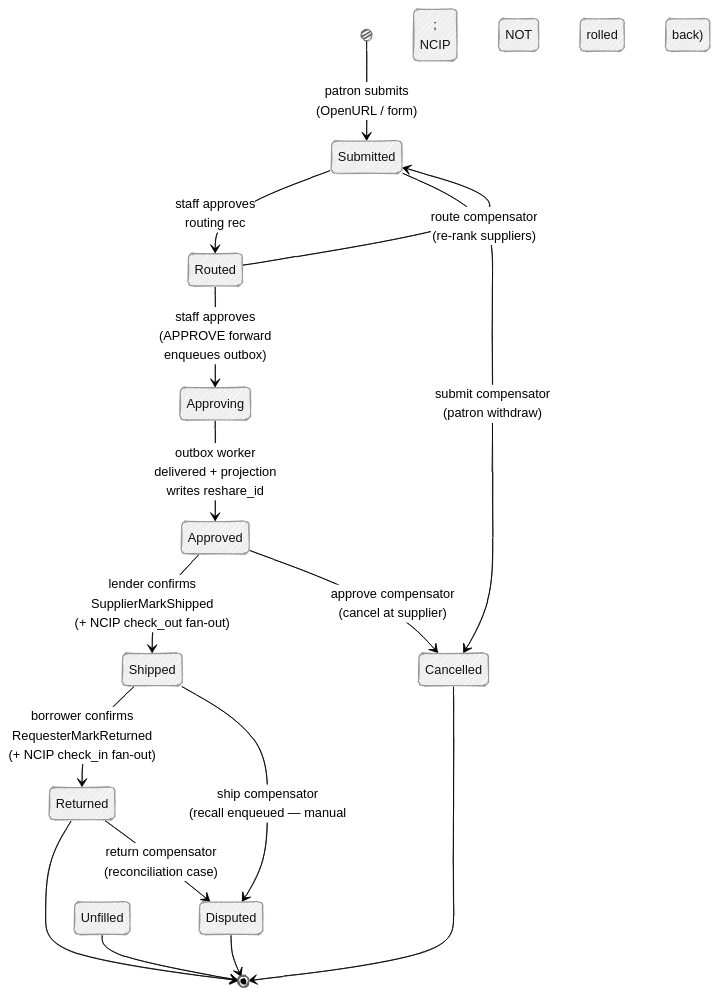
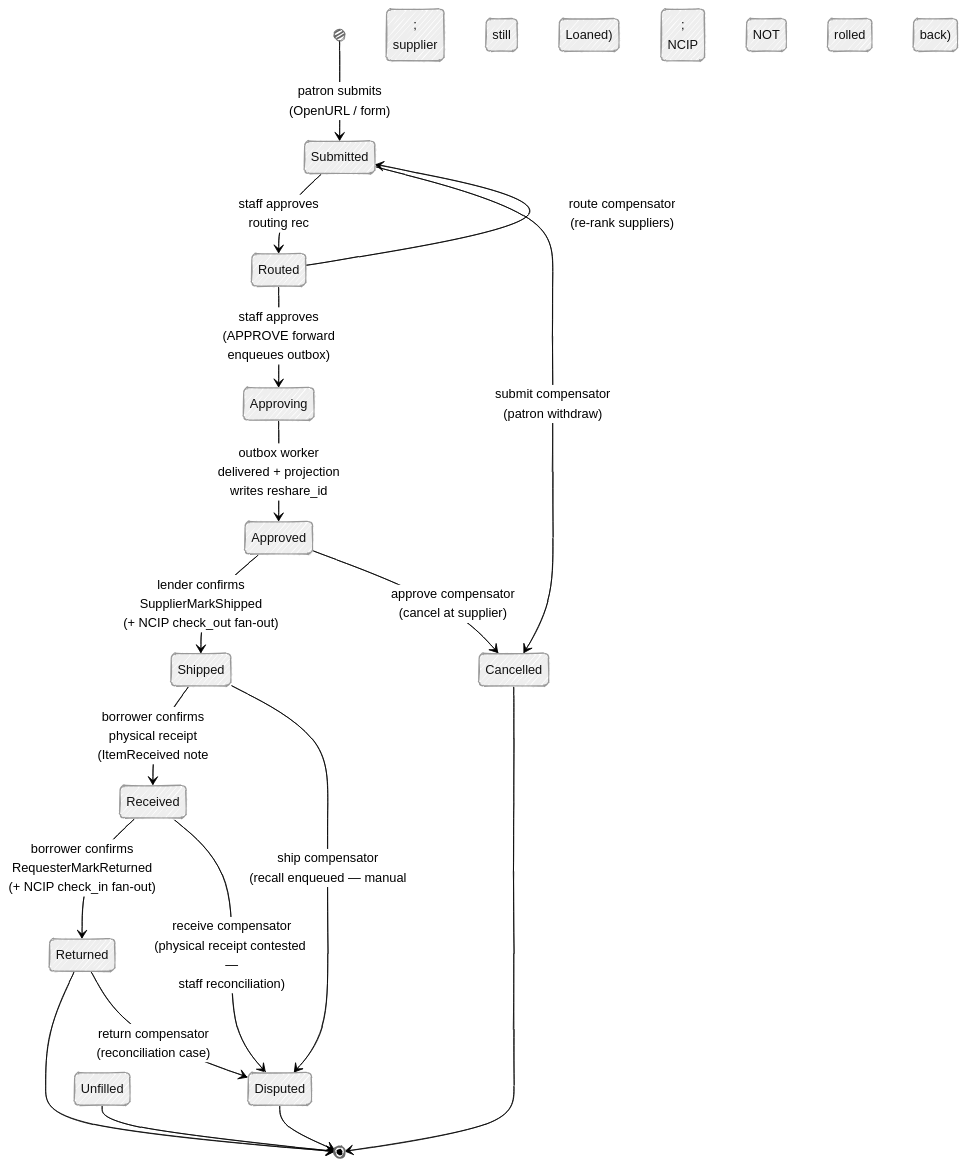
Before and after one commit to gmanch94/agora: the second of 5 diagrams in docs/architecture.md, drawn with Mermaid. The commit also changed other lines of this file and 10 other files, not shown here.

````diff
--- a/docs/architecture.md
+++ b/docs/architecture.md
@@ -87,24 +88,26 @@
 ```mermaid
 ---
 config:
   look: handDrawn
   theme: neutral
 ---
 stateDiagram-v2
     [*] --> Submitted: patron submits<br/>(OpenURL / form)
     Submitted --> Routed: staff approves<br/>routing rec
     Routed --> Approving: staff approves<br/>(APPROVE forward<br/>enqueues outbox)
     Approving --> Approved: outbox worker<br/>delivered + projection<br/>writes reshare_id
     Approved --> Shipped: lender confirms<br/>SupplierMarkShipped<br/>(+ NCIP check_out fan-out)
-    Shipped --> Returned: borrower confirms<br/>RequesterMarkReturned<br/>(+ NCIP check_in fan-out)
+    Shipped --> Received: borrower confirms<br/>physical receipt<br/>(ItemReceived note;<br/>supplier still Loaned)
+    Received --> Returned: borrower confirms<br/>RequesterMarkReturned<br/>(+ NCIP check_in fan-out)
     Returned --> [*]
 
     Submitted --> Cancelled: submit compensator<br/>(patron withdraw)
     Routed --> Submitted: route compensator<br/>(re-rank suppliers)
     Approved --> Cancelled: approve compensator<br/>(cancel at supplier)
     Shipped --> Disputed: ship compensator<br/>(recall enqueued — manual;<br/>NCIP NOT rolled back)
+    Received --> Disputed: receive compensator<br/>(physical receipt contested —<br/>staff reconciliation)
     Returned --> Disputed: return compensator<br/>(reconciliation case)
     Cancelled --> [*]
     Unfilled --> [*]
     Disputed --> [*]
 ```
````
